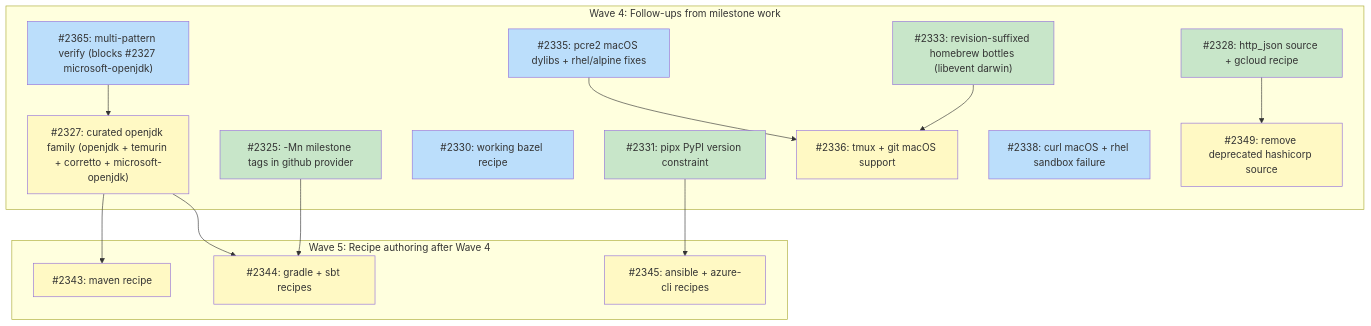
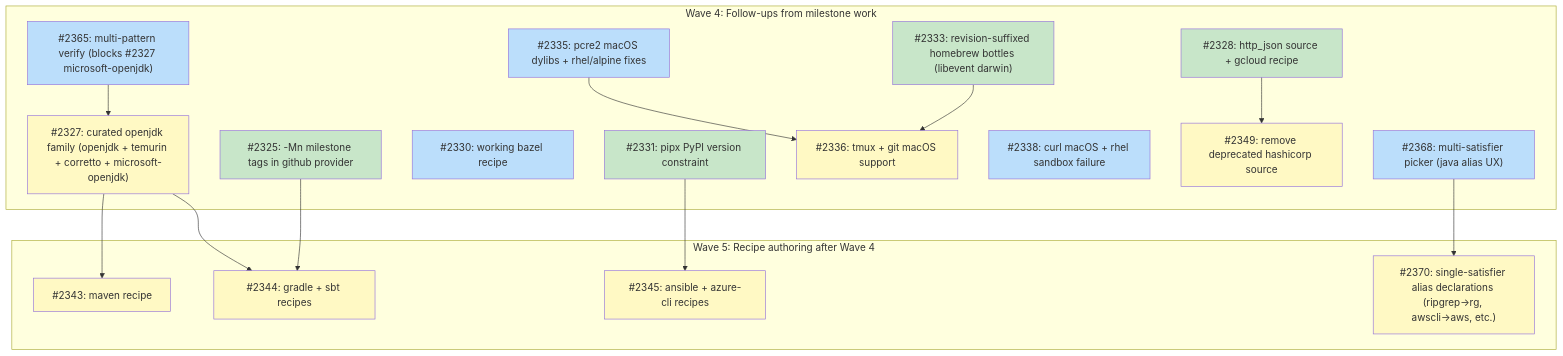
Before and after one commit to tsukumogami/tsuku: the diagram in docs/plans/PLAN-curated-recipes.md, drawn with Mermaid. The commit also changed other lines of this file, not shown here.

First line of the commit message:
docs(plan): add #2368 picker and #2370 alias declarations to curated-recipes plan

````diff
--- a/docs/plans/PLAN-curated-recipes.md
+++ b/docs/plans/PLAN-curated-recipes.md
@@ -142,46 +146,49 @@
 ```mermaid
 graph TD
     subgraph wave4 ["Wave 4: Follow-ups from milestone work"]
         I2325["#2325: -Mn milestone tags in github provider"]
         I2327["#2327: curated openjdk family (openjdk + temurin + corretto + microsoft-openjdk)"]
         I2328["#2328: http_json source + gcloud recipe"]
         I2330["#2330: working bazel recipe"]
         I2331["#2331: pipx PyPI version constraint"]
         I2333["#2333: revision-suffixed homebrew bottles (libevent darwin)"]
         I2335["#2335: pcre2 macOS dylibs + rhel/alpine fixes"]
         I2336["#2336: tmux + git macOS support"]
         I2338["#2338: curl macOS + rhel sandbox failure"]
         I2349["#2349: remove deprecated hashicorp source"]
         I2365["#2365: multi-pattern verify (blocks #2327 microsoft-openjdk)"]
+        I2368["#2368: multi-satisfier picker (java alias UX)"]
     end
 
     subgraph wave5 ["Wave 5: Recipe authoring after Wave 4"]
         I2343["#2343: maven recipe"]
         I2344["#2344: gradle + sbt recipes"]
         I2345["#2345: ansible + azure-cli recipes"]
+        I2370["#2370: single-satisfier alias declarations (ripgrep→rg, awscli→aws, etc.)"]
     end
 
     I2333 --> I2336
     I2335 --> I2336
 
     I2365 --> I2327
     I2327 --> I2343
     I2325 --> I2344
     I2327 --> I2344
     I2331 --> I2345
     I2328 --> I2349
+    I2368 --> I2370
 
     classDef done fill:#c8e6c9
     classDef ready fill:#bbdefb
     classDef blocked fill:#fff9c4
     classDef needsDesign fill:#e1bee7
     classDef needsPrd fill:#b3e5fc
     classDef needsSpike fill:#ffcdd2
     classDef needsDecision fill:#d1c4e9
     classDef tracksDesign fill:#FFE0B2,stroke:#F57C00,color:#000
     classDef tracksPlan fill:#FFE0B2,stroke:#F57C00,color:#000
 
     class I2325,I2328,I2331,I2333 done
-    class I2330,I2335,I2338,I2365 ready
-    class I2327,I2336,I2343,I2344,I2345,I2349 blocked
+    class I2330,I2335,I2338,I2365,I2368 ready
+    class I2327,I2336,I2343,I2344,I2345,I2349,I2370 blocked
 ```
````
